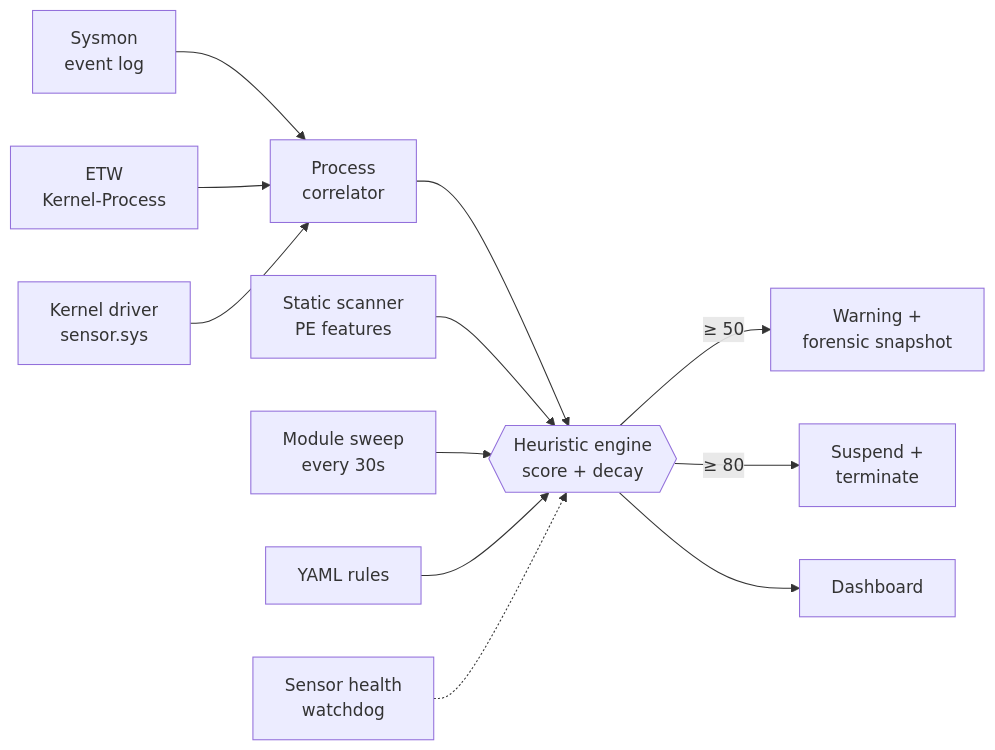
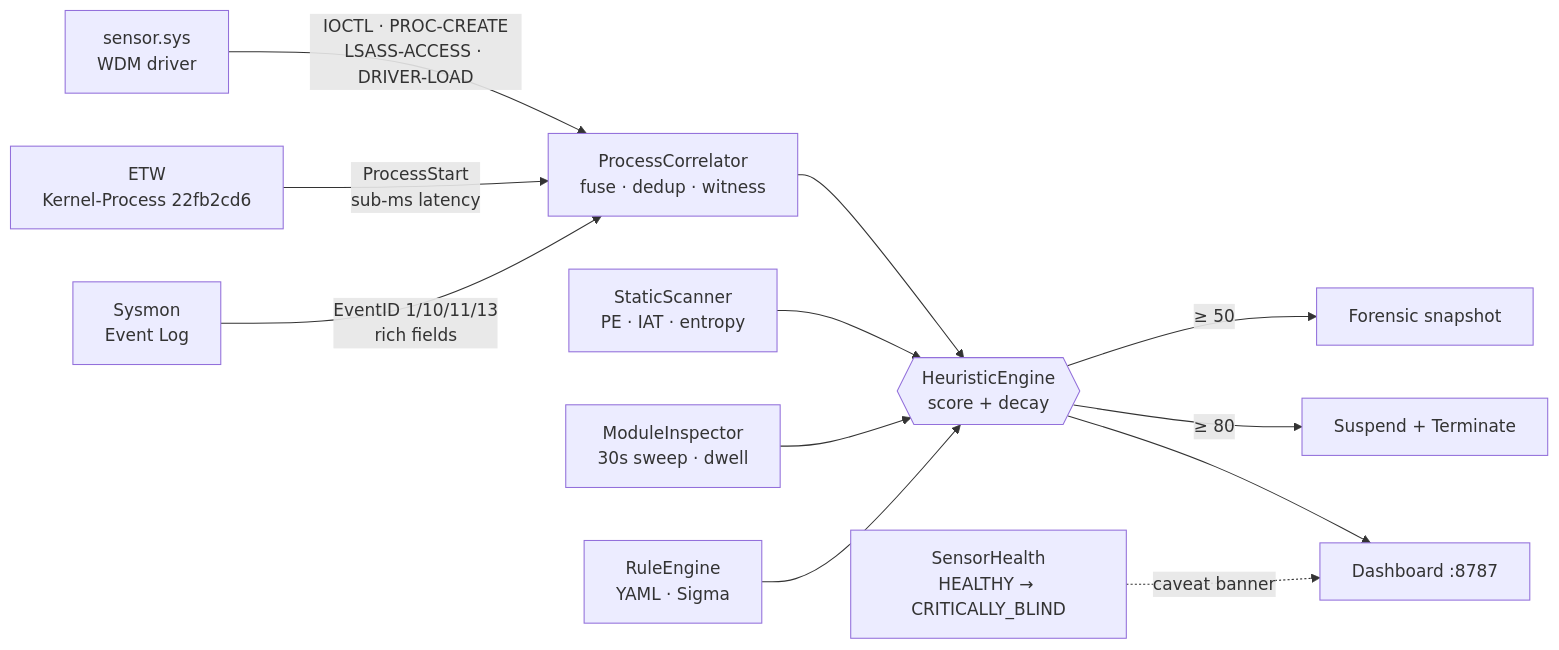
One commit to praneet390/Trinetra changed the diagram in README.md. Above: the diagram before and after it, drawn with Mermaid. The commit also changed other lines of this file, not shown here.

````diff
--- a/README.md
+++ b/README.md
@@ -34,14 +28,14 @@
 ```mermaid
 flowchart LR
-    S[Sysmon<br/>event log] --> C
-    E[ETW<br/>Kernel-Process] --> C
-    K[Kernel driver<br/>sensor.sys] --> C
-    C[Process<br/>correlator] --> H
-    P[Static scanner<br/>PE features] --> H
-    M[Module sweep<br/>every 30s] --> H
-    R[YAML rules] --> H
-    H{{Heuristic engine<br/>score + decay}} -->|≥ 50| W[Warning +<br/>forensic snapshot]
-    H -->|≥ 80| X[Suspend +<br/>terminate]
-    H --> D[Dashboard]
-    HW[Sensor health<br/>watchdog] -.-> H
+    K[sensor.sys<br/>WDM driver] -->|IOCTL · PROC-CREATE<br/>LSASS-ACCESS · DRIVER-LOAD| C
+    E[ETW<br/>Kernel-Process 22fb2cd6] -->|ProcessStart<br/>sub-ms latency| C
+    S[Sysmon<br/>Event Log] -->|EventID 1/10/11/13<br/>rich fields| C
+    C[ProcessCorrelator<br/>fuse · dedup · witness] --> H
+    P[StaticScanner<br/>PE · IAT · entropy] --> H
+    M[ModuleInspector<br/>30s sweep · dwell] --> H
+    R[RuleEngine<br/>YAML · Sigma] --> H
+    H{{HeuristicEngine<br/>score + decay}} -->|≥ 50| W[Forensic snapshot]
+    H -->|≥ 80| X[Suspend + Terminate]
+    H --> D[Dashboard :8787]
+    HW[SensorHealth<br/>HEALTHY → CRITICALLY_BLIND] -.->|caveat banner| D
 ```
````
